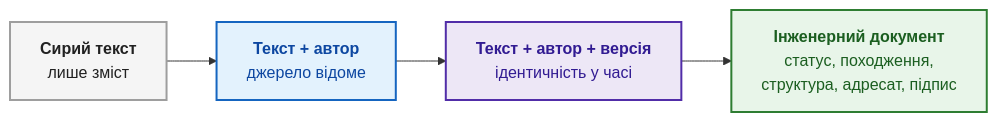
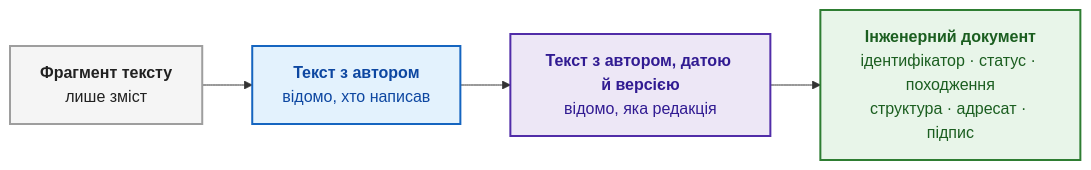
The first of 6 diagrams in ExpertSystem/ch03-beyond-reference-information-systems.md (nick-fedchik/articles), drawn with Mermaid before and after one commit. The commit also changed other lines of this file and 3 other files, not shown here.

````diff
--- a/ExpertSystem/ch03-beyond-reference-information-systems.md
+++ b/ExpertSystem/ch03-beyond-reference-information-systems.md
@@ -84,19 +92,19 @@
 ```mermaid
 flowchart LR
-    accTitle: Еволюція інформаційного артефакту до повноцінного документа
-    accDescr: Від сирого тексту без контексту через метадані авторства та версійності до повного інженерного документа зі статусом і походженням.
+    accTitle: Від фрагмента тексту до інженерного документа
+    accDescr: Фрагмент тексту стає інженерним документом поступово. Спершу з'являється автор, потім дата й версія, нарешті ідентифікатор, статус, походження, структура, адресат і підпис.
 
-    T["<b>Сирий текст</b><br/>лише зміст"] --> TA["<b>Текст + автор</b><br/>джерело відоме"]
-    TA --> TAD["<b>Текст + автор + версія</b><br/>ідентичність у часі"]
-    TAD --> DOC["<b>Інженерний документ</b><br/>статус, походження,<br/>структура, адресат, підпис"]
+    T["<b>Фрагмент тексту</b><br/>лише зміст"] --> TA["<b>Текст з автором</b><br/>відомо, хто написав"]
+    TA --> TAD["<b>Текст з автором, датою й версією</b><br/>відомо, яка редакція"]
+    TAD --> DOC["<b>Інженерний документ</b><br/>ідентифікатор · статус · походження<br/>структура · адресат · підпис"]
 
     classDef c1 fill:#f5f5f5,stroke:#9e9e9e,stroke-width:2px,color:#212121;
     classDef c2 fill:#e3f2fd,stroke:#1565c0,stroke-width:2px,color:#0d47a1;
     classDef c3 fill:#ede7f6,stroke:#512da8,stroke-width:2px,color:#311b92;
     classDef c4 fill:#e8f5e9,stroke:#2e7d32,stroke-width:2px,color:#1b5e20;
 
     class T c1;
     class TA c2;
     class TAD c3;
     class DOC c4;
 ```
````
